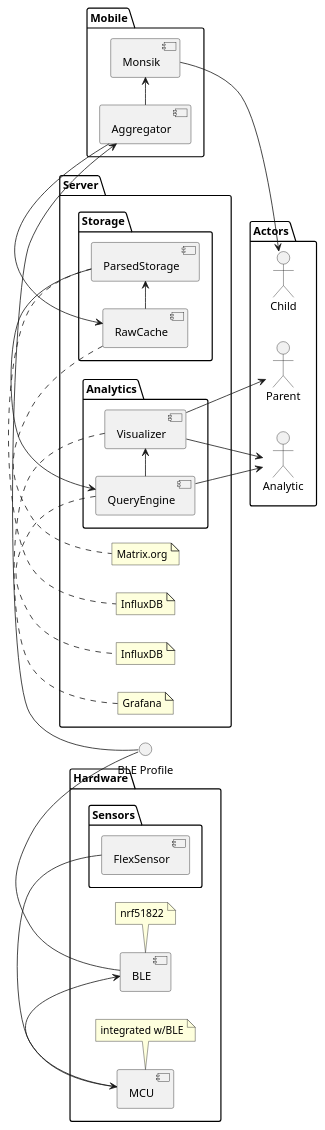
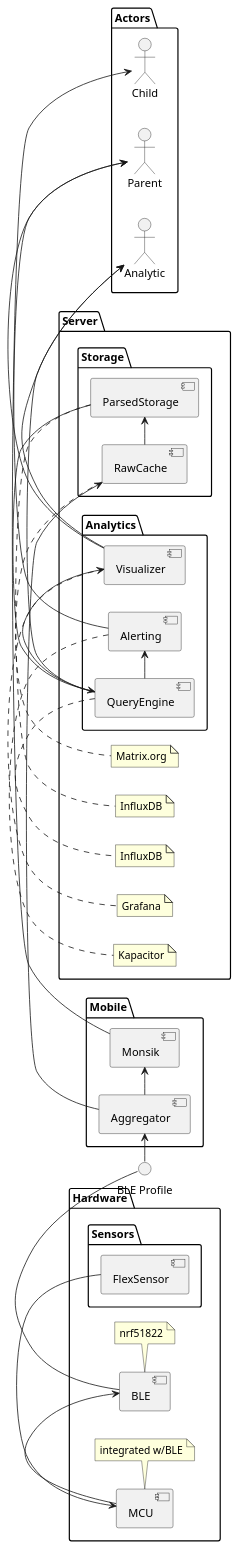
One commit to motorica-org/telemetry-docs changed the diagram in architecture.puml. Above: the diagram before and after it, drawn with PlantUML.

Commit message:
feat(Architecture): Server: Add Alerting

```diff
--- a/architecture.puml
+++ b/architecture.puml
@@ -1,55 +1,58 @@
 @startuml
 skinparam componentStyle uml2
 left to right direction
 
 interface "BLE Profile" [[https://github.com/motorica-org/telemetry-docs/wiki/BLE-Profile]]
 
 package Hardware {
     component MCU
     component BLE
 
     package Sensors {
         [FlexSensor] -> [MCU]
     }
 
     [MCU] -> [BLE]
     [BLE] - (BLE Profile)
 
     note bottom of [MCU]: integrated w/BLE
     note bottom of [BLE]: nrf51822
 }
 
 package Mobile {
     (BLE Profile) -> [Aggregator]
     [Aggregator] -> [Monsik]
 }
 
 package Server {
     package Storage {
         [Aggregator] -> [RawCache]
         [RawCache] -> [ParsedStorage]
     }
     package Analytics {
         [ParsedStorage] -> [QueryEngine]
         [QueryEngine] -> [Visualizer]
+        [QueryEngine] -> [Alerting]
     }
 
     note bottom of RawCache: Matrix.org
     note bottom of ParsedStorage: InfluxDB
     note bottom of QueryEngine: InfluxDB
     note bottom of Visualizer: Grafana
+    note bottom of Alerting: Kapacitor
 }
 
 package Actors {
     actor Child
     actor Parent
     actor Analytic
 
     Child <- [Monsik]
 
     Parent <- [Visualizer]
+    Parent <- [Alerting]
 
     Analytic <-u- [QueryEngine]
     Analytic <-u- [Visualizer]
 }
 @enduml
```
